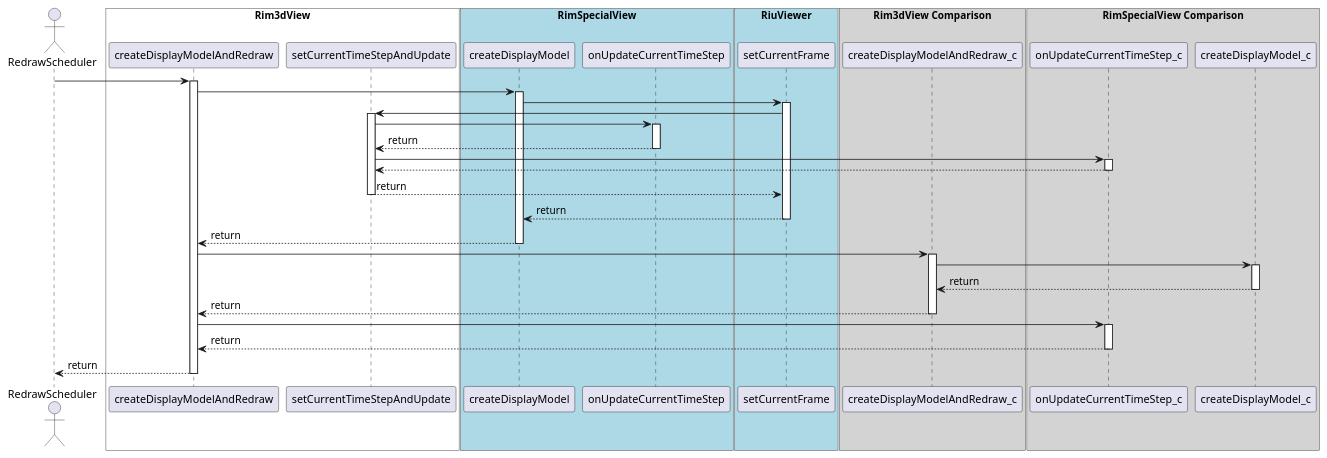
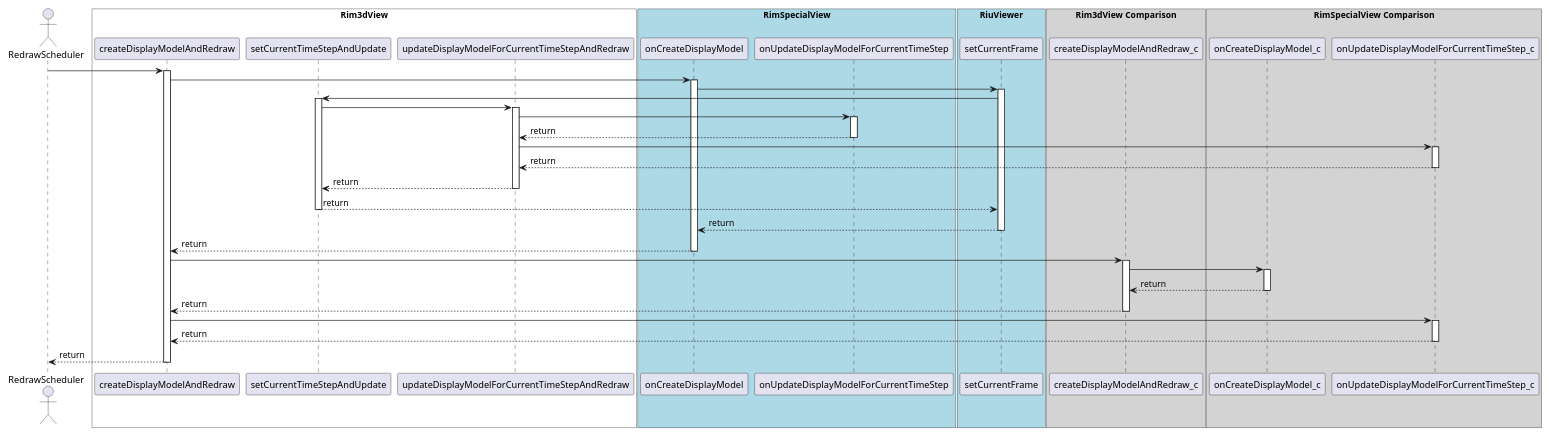
One commit to OPM/ResInsight changed the diagram in doc/viewer_display_generation_sequence.plantuml. Above: the diagram before and after it, drawn with PlantUML.

Commit message:
Updated viewer display model generation sequence diagram New names and flow

```diff
--- a/doc/viewer_display_generation_sequence.plantuml
+++ b/doc/viewer_display_generation_sequence.plantuml
@@ -1,62 +1,68 @@
 @startuml
+scale 2000 width
 
 actor RedrawScheduler
 
 box "Rim3dView" #White
 	participant createDisplayModelAndRedraw order 10
 	participant setCurrentTimeStepAndUpdate order 20
+	participant updateDisplayModelForCurrentTimeStepAndRedraw  order 30
 end box
 
 box "RimSpecialView" #LightBlue
-	participant createDisplayModel order 20
-	participant onUpdateCurrentTimeStep  order 30
+	participant onCreateDisplayModel order 40
+	participant onUpdateDisplayModelForCurrentTimeStep order 45
 end box	
 
 box "RiuViewer" #LightBlue
-	participant setCurrentFrame order 40
+	participant setCurrentFrame order 50
 end box	
 
 box "Rim3dView Comparison" #LightGray
-	participant createDisplayModelAndRedraw_c order 45
+	participant createDisplayModelAndRedraw_c order 60
+
 end box
 
 box "RimSpecialView Comparison" #LightGray
-	participant onUpdateCurrentTimeStep_c order 50
+	participant onCreateDisplayModel_c order 70
+	participant onUpdateDisplayModelForCurrentTimeStep_c order 80
 
-	participant createDisplayModel_c order 60
 end box	
 
 
 RedrawScheduler -> createDisplayModelAndRedraw ++
 
-createDisplayModelAndRedraw -> createDisplayModel ++
-createDisplayModel -> setCurrentFrame ++
+createDisplayModelAndRedraw -> onCreateDisplayModel ++
+onCreateDisplayModel -> setCurrentFrame ++
 
-setCurrentFrame -> setCurrentTimeStepAndUpdate 
-activate setCurrentTimeStepAndUpdate
+setCurrentFrame -> setCurrentTimeStepAndUpdate ++ 
 
-setCurrentTimeStepAndUpdate -> onUpdateCurrentTimeStep ++
-onUpdateCurrentTimeStep --> setCurrentTimeStepAndUpdate -- : return 
+setCurrentTimeStepAndUpdate -> updateDisplayModelForCurrentTimeStepAndRedraw ++
 
-setCurrentTimeStepAndUpdate -> onUpdateCurrentTimeStep_c ++
-onUpdateCurrentTimeStep_c --> setCurrentTimeStepAndUpdate --
+updateDisplayModelForCurrentTimeStepAndRedraw  -> onUpdateDisplayModelForCurrentTimeStep ++
+onUpdateDisplayModelForCurrentTimeStep --> updateDisplayModelForCurrentTimeStepAndRedraw -- :return
+
+updateDisplayModelForCurrentTimeStepAndRedraw  -> onUpdateDisplayModelForCurrentTimeStep_c ++
+onUpdateDisplayModelForCurrentTimeStep_c --> updateDisplayModelForCurrentTimeStepAndRedraw  -- :return
+
+updateDisplayModelForCurrentTimeStepAndRedraw --> setCurrentTimeStepAndUpdate -- : return 
 
 setCurrentTimeStepAndUpdate --> setCurrentFrame --: return 
-setCurrentFrame --> createDisplayModel --: return
+setCurrentFrame --> onCreateDisplayModel --: return
 
-createDisplayModel --> createDisplayModelAndRedraw --: return
+onCreateDisplayModel --> createDisplayModelAndRedraw --: return
 
 createDisplayModelAndRedraw -> createDisplayModelAndRedraw_c ++
-createDisplayModelAndRedraw_c -> createDisplayModel_c++
-createDisplayModel_c --> createDisplayModelAndRedraw_c-- : return
+createDisplayModelAndRedraw_c -> onCreateDisplayModel_c ++	
+onCreateDisplayModel_c --> createDisplayModelAndRedraw_c-- : return
 
 createDisplayModelAndRedraw_c --> createDisplayModelAndRedraw -- : return
 
-createDisplayModelAndRedraw -> onUpdateCurrentTimeStep_c ++
-onUpdateCurrentTimeStep_c  --> createDisplayModelAndRedraw --: return
+createDisplayModelAndRedraw -> onUpdateDisplayModelForCurrentTimeStep_c ++
+onUpdateDisplayModelForCurrentTimeStep_c  --> createDisplayModelAndRedraw --: return
 
 createDisplayModelAndRedraw --> RedrawScheduler -- : return
 
 
 
 @enduml
```
